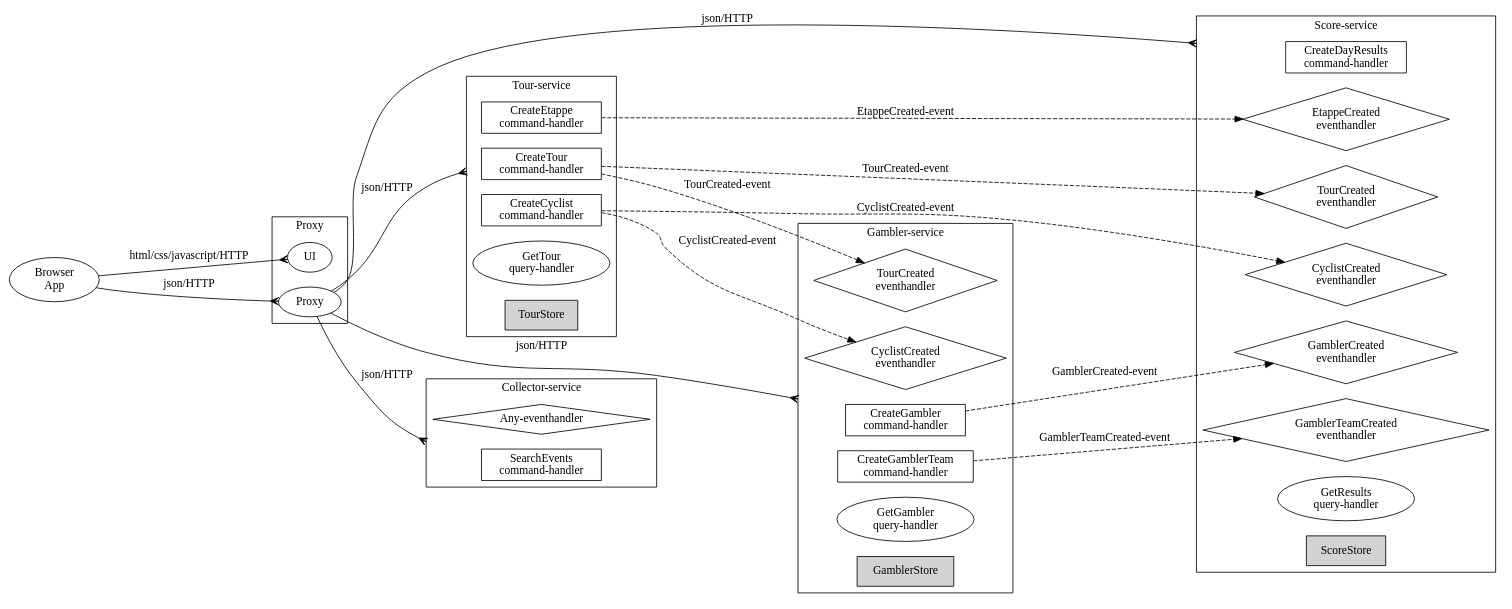
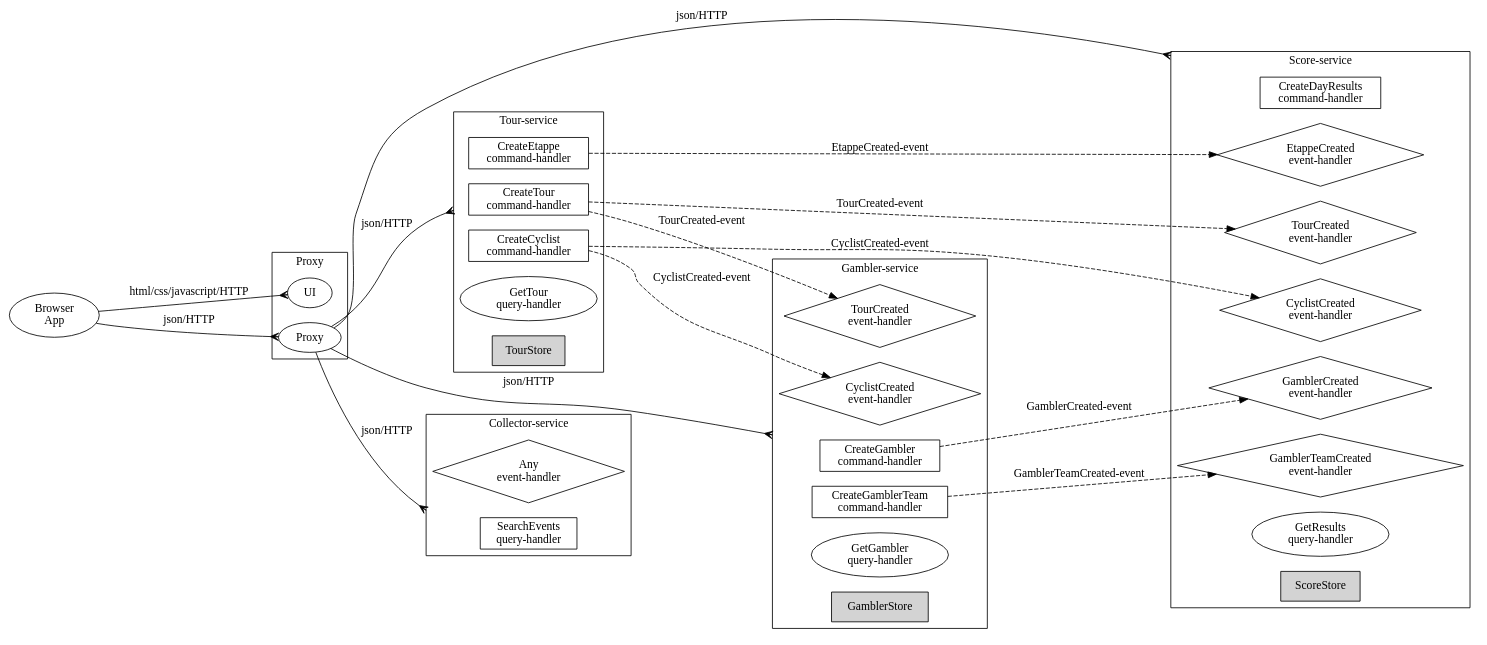
One commit to MarcGrol/microgen changed the diagram in tourApp/doc/graphviz.dot. Above: the diagram before and after it, drawn with Graphviz. The commit also changed 7 other files, not shown here.

```diff
--- a/tourApp/doc/graphviz.dot
+++ b/tourApp/doc/graphviz.dot
@@ -1,127 +1,125 @@
 // Generated automatically by microgen: do not edit manually
 
 digraph G {
     graph [compound=true, rankdir=LR];
 
 	subgraph clusterproxy {
         label="Proxy";
         "UI";
         "Proxy";
     }
 
 // services
 
 	subgraph clustertour {
 		
 		label="Tour-service";
 		// events
 		
 		// commands
 		
 			 
 				"TourCreateTour"  [label="CreateTour\ncommand-handler", shape=box];
 			
 		
 			 
 				"TourCreateCyclist"  [label="CreateCyclist\ncommand-handler", shape=box];
 			
 		
 			 
 				"TourCreateEtappe"  [label="CreateEtappe\ncommand-handler", shape=box];
 			
 		
 			
 			    "TourGetTour"  [label="GetTour\nquery-handler"];
 			
 		
 		"TourStore" [shape=box, style=filled];
 	}
 
 	subgraph clustergambler {
 		
 		label="Gambler-service";
 		// events
 		
-			"GamblerTourCreated" [label="TourCreated\neventhandler", shape=diamond];
+			"GamblerTourCreated" [label="TourCreated\nevent-handler", shape=diamond];
 		
-			"GamblerCyclistCreated" [label="CyclistCreated\neventhandler", shape=diamond];
+			"GamblerCyclistCreated" [label="CyclistCreated\nevent-handler", shape=diamond];
 		
 		// commands
 		
 			 
 				"GamblerCreateGambler"  [label="CreateGambler\ncommand-handler", shape=box];
 			
 		
 			 
 				"GamblerCreateGamblerTeam"  [label="CreateGamblerTeam\ncommand-handler", shape=box];
 			
 		
 			
 			    "GamblerGetGambler"  [label="GetGambler\nquery-handler"];
 			
 		
 		"GamblerStore" [shape=box, style=filled];
 	}
 
 	subgraph clusterscore {
 		
 		label="Score-service";
 		// events
 		
-			"ScoreTourCreated" [label="TourCreated\neventhandler", shape=diamond];
+			"ScoreGamblerTeamCreated" [label="GamblerTeamCreated\nevent-handler", shape=diamond];
 		
-			"ScoreEtappeCreated" [label="EtappeCreated\neventhandler", shape=diamond];
+			"ScoreTourCreated" [label="TourCreated\nevent-handler", shape=diamond];
 		
-			"ScoreCyclistCreated" [label="CyclistCreated\neventhandler", shape=diamond];
+			"ScoreEtappeCreated" [label="EtappeCreated\nevent-handler", shape=diamond];
 		
-			"ScoreGamblerCreated" [label="GamblerCreated\neventhandler", shape=diamond];
+			"ScoreCyclistCreated" [label="CyclistCreated\nevent-handler", shape=diamond];
 		
-			"ScoreGamblerTeamCreated" [label="GamblerTeamCreated\neventhandler", shape=diamond];
+			"ScoreGamblerCreated" [label="GamblerCreated\nevent-handler", shape=diamond];
 		
 		// commands
 		
 			 
 				"ScoreCreateDayResults"  [label="CreateDayResults\ncommand-handler", shape=box];
 			
 		
 			
 			    "ScoreGetResults"  [label="GetResults\nquery-handler"];
 			
 		
 		"ScoreStore" [shape=box, style=filled];
 	}
 
 
 	subgraph clustercollector {
-		
 		label="Collector-service";
 		
-		"Any" [label="Any-eventhandler", shape=diamond];
-		"CollectorSearchEvents"  [label="SearchEvents\ncommand-handler", shape=box];
-
+		"Any" [label="Any\nevent-handler", shape=diamond];
+		"CollectorSearchEvents"  [label="SearchEvents\nquery-handler", shape=box];
     }
 
 	// edges
 	"Browser\nApp" -> "UI" [label="html/css/javascript/HTTP",arrowhead=crow];
 	"Browser\nApp" -> "Proxy" [label="json/HTTP",arrowhead=crow];
 	
 
 	"Proxy" -> "TourCreateTour" [label="json/HTTP", lhead=clustertour, arrowhead=crow];
 
 	"Proxy" -> "GamblerCreateGambler" [label="json/HTTP", lhead=clustergambler, arrowhead=crow];
 
 	"Proxy" -> "ScoreCreateDayResults" [label="json/HTTP", lhead=clusterscore, arrowhead=crow];
 
 	"Proxy" -> "CollectorSearchEvents" [label="json/HTTP", lhead=clustercollector, arrowhead=crow];
 
 
 	"TourCreateTour" -> "GamblerTourCreated" [label="TourCreated-event", style=dashed];
 	"TourCreateTour" -> "ScoreTourCreated" [label="TourCreated-event", style=dashed];
 	"TourCreateCyclist" -> "GamblerCyclistCreated" [label="CyclistCreated-event", style=dashed];
 	"TourCreateCyclist" -> "ScoreCyclistCreated" [label="CyclistCreated-event", style=dashed];
 	"TourCreateEtappe" -> "ScoreEtappeCreated" [label="EtappeCreated-event", style=dashed];
 	"GamblerCreateGambler" -> "ScoreGamblerCreated" [label="GamblerCreated-event", style=dashed];
 	"GamblerCreateGamblerTeam" -> "ScoreGamblerTeamCreated" [label="GamblerTeamCreated-event", style=dashed];
 
 
 }
```
